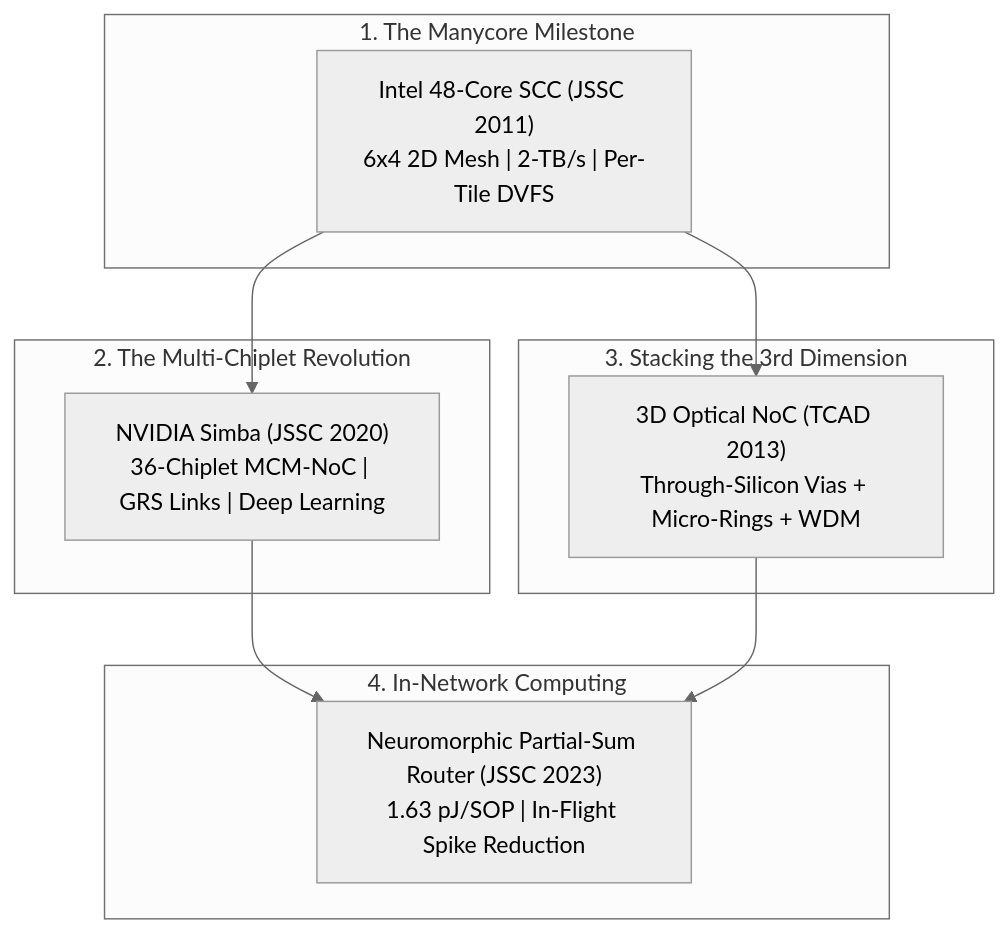
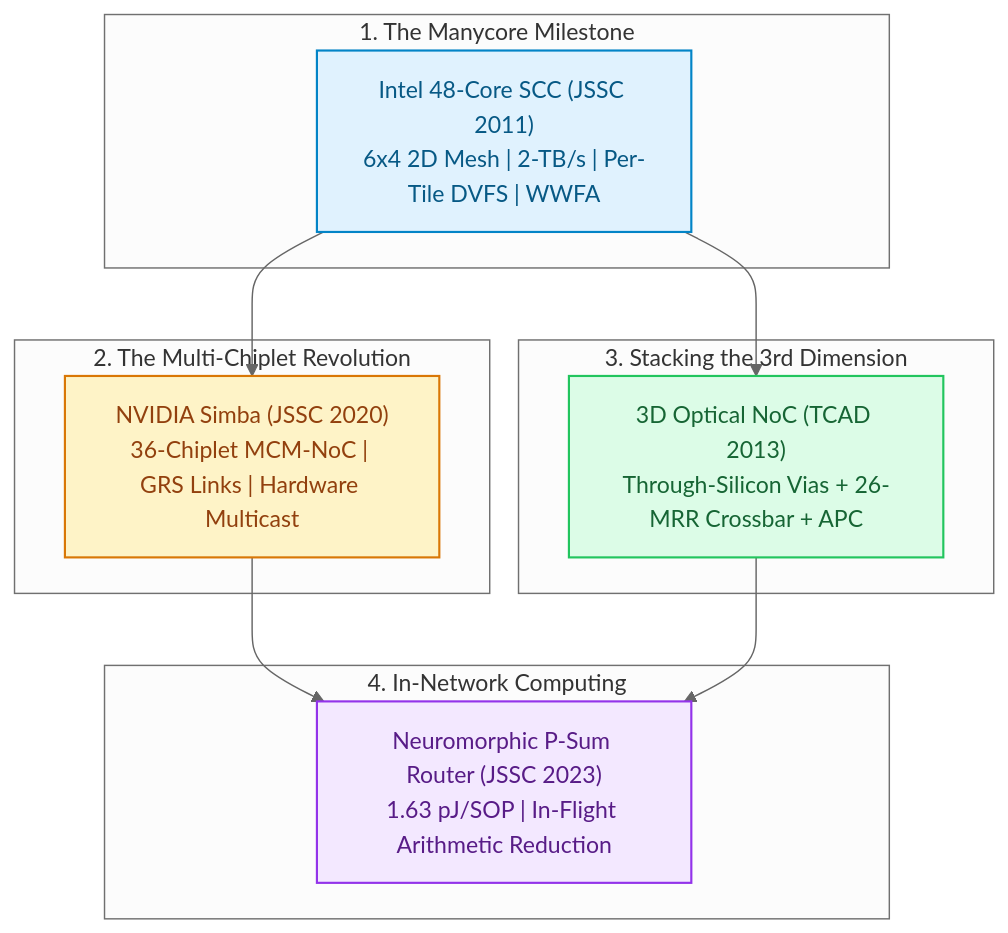
The diagram in docs/track7-paper-walkthroughs/index.md (network-on-chip/learning), drawn with Mermaid (neutral theme) before and after one commit. The commit also changed other lines of this file and 6 other files, not shown here.

````diff
--- a/docs/track7-paper-walkthroughs/index.md
+++ b/docs/track7-paper-walkthroughs/index.md
@@ -11,23 +23,33 @@
 ```mermaid
 graph TD
   subgraph Manycore ["1. The Manycore Milestone"]
-    SCC["Intel 48-Core SCC (JSSC 2011)<br/>6x4 2D Mesh | 2-TB/s | Per-Tile DVFS"]
+    SCC["Intel 48-Core SCC (JSSC 2011)<br/>6x4 2D Mesh | 2-TB/s | Per-Tile DVFS | WWFA"]
   end
 
   subgraph Chiplet ["2. The Multi-Chiplet Revolution"]
-    Simba["NVIDIA Simba (JSSC 2020)<br/>36-Chiplet MCM-NoC | GRS Links | Deep Learning"]
+    Simba["NVIDIA Simba (JSSC 2020)<br/>36-Chiplet MCM-NoC | GRS Links | Hardware Multicast"]
   end
 
   subgraph Stacking ["3. Stacking the 3rd Dimension"]
-    ONoC3D["3D Optical NoC (TCAD 2013)<br/>Through-Silicon Vias + Micro-Rings + WDM"]
+    ONoC3D["3D Optical NoC (TCAD 2013)<br/>Through-Silicon Vias + 26-MRR Crossbar + APC"]
   end
 
   subgraph InNetwork ["4. In-Network Computing"]
-    Neuro["Neuromorphic Partial-Sum Router (JSSC 2023)<br/>1.63 pJ/SOP | In-Flight Spike Reduction"]
+    Neuro["Neuromorphic P-Sum Router (JSSC 2023)<br/>1.63 pJ/SOP | In-Flight Arithmetic Reduction"]
   end
 
   SCC --> Simba
   SCC --> ONoC3D
   Simba --> Neuro
   ONoC3D --> Neuro
+
+  classDef sccStyle fill:#e0f2fe,stroke:#0284c7,stroke-width:1.5px,color:#075985;
+  classDef simbaStyle fill:#fef3c7,stroke:#d97706,stroke-width:1.5px,color:#92400e;
+  classDef onocStyle fill:#dcfce7,stroke:#22c55e,stroke-width:1.5px,color:#166534;
+  classDef neuroStyle fill:#f3e8ff,stroke:#9333ea,stroke-width:1.5px,color:#581c87;
+
+  class SCC sccStyle;
+  class Simba simbaStyle;
+  class ONoC3D onocStyle;
+  class Neuro neuroStyle;
 ```
````
